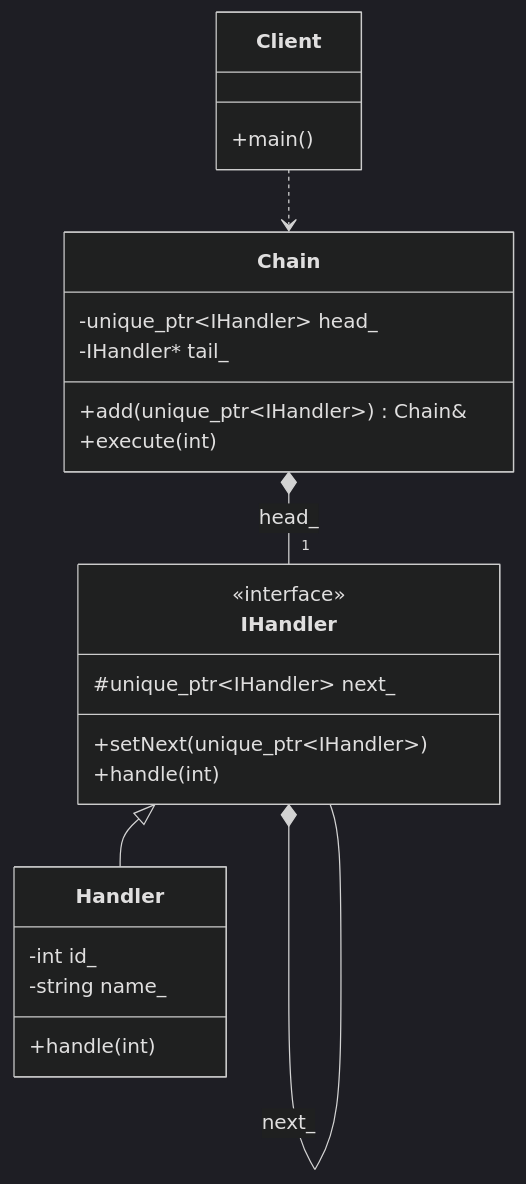
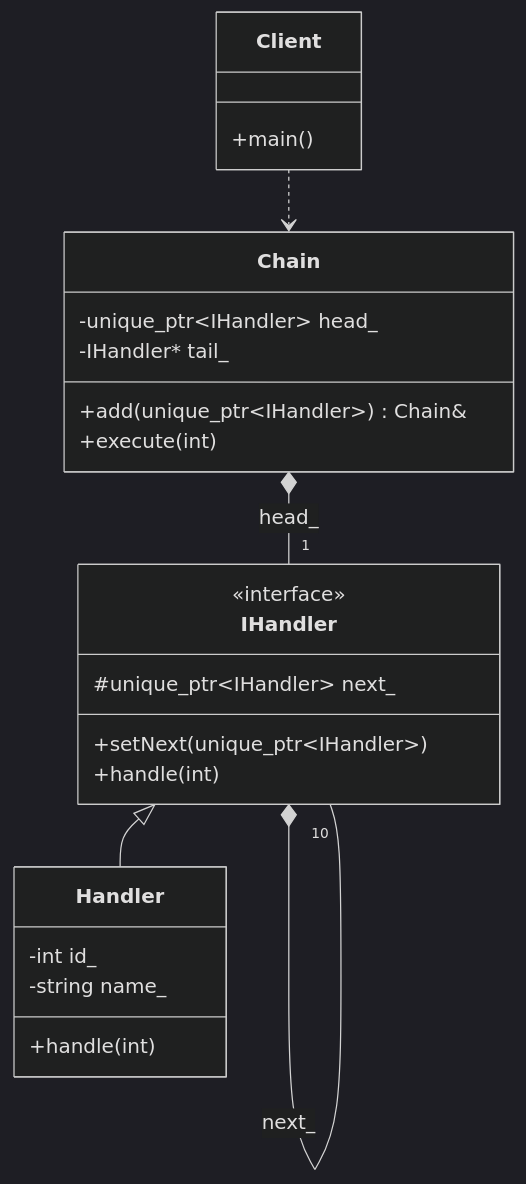
One commit to Cichlidfishexigency721/Modern-CPP-Design-Patterns changed the diagram in 18_ChainOfResponsability/diagram.md. Above: the diagram before and after it, drawn with Mermaid (dark theme).

````diff
--- a/18_ChainOfResponsability/diagram.md
+++ b/18_ChainOfResponsability/diagram.md
@@ -3,39 +3,39 @@
 ```mermaid
 classDiagram
    class IHandler {
       <<interface>>
       #unique_ptr~IHandler~ next_
       +setNext(unique_ptr~IHandler~)
       +handle(int)
    }
 
    class Handler {
       -int id_
       -string name_
       +handle(int)
    }
 
    class Chain {
       -unique_ptr~IHandler~ head_
       -IHandler* tail_
       +add(unique_ptr~IHandler~) Chain&
       +execute(int)
    }
 
    class Client {
       +main()
    }
 
    %% Inheritance (Is_a) - No numbers
    IHandler <|-- Handler
 
    %% Recursive Composition: each handler owns the next one
    %% Composition (Has_a) - Multiplicity "1" only at the end
-   IHandler *-- IHandler : next_
+   IHandler *-- "10" IHandler : next_
 
    %% The Chain manager owns the head of the list
    Chain *-- "1" IHandler : head_
 
    %% Client interactions
    Client ..> Chain
 ```
````
